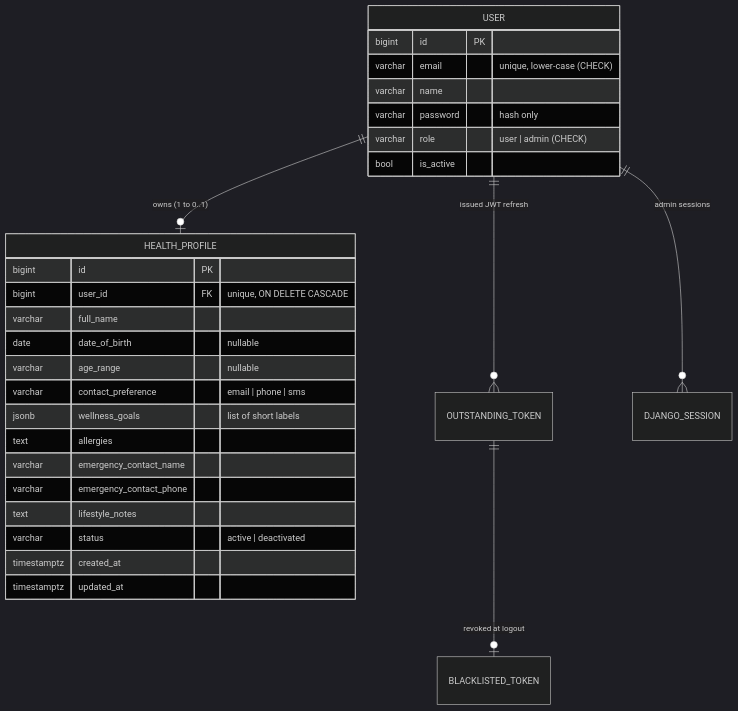
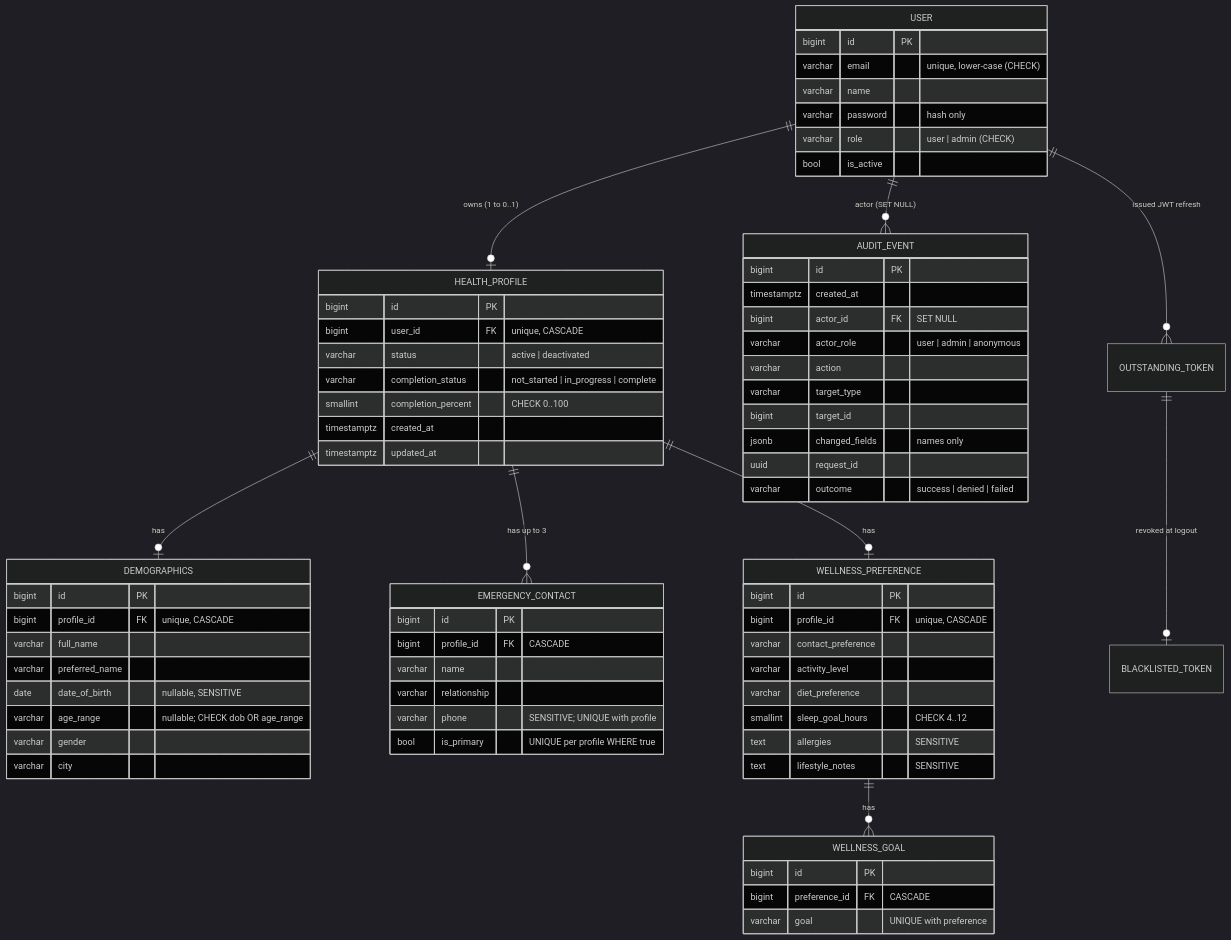
One commit to mominaasif-45/healthprofile changed the diagram in README.md. Above: the diagram before and after it, drawn with Mermaid (dark theme). The commit also changed other lines of this file and 5 other files, not shown here.

````diff
--- a/README.md
+++ b/README.md
@@ -49,31 +115,73 @@
 ```mermaid
 erDiagram
     USER ||--o| HEALTH_PROFILE : "owns (1 to 0..1)"
+    HEALTH_PROFILE ||--o| DEMOGRAPHICS : "has"
+    HEALTH_PROFILE ||--o{ EMERGENCY_CONTACT : "has up to 3"
+    HEALTH_PROFILE ||--o| WELLNESS_PREFERENCE : "has"
+    WELLNESS_PREFERENCE ||--o{ WELLNESS_GOAL : "has"
+    USER ||--o{ AUDIT_EVENT : "actor (SET NULL)"
     USER ||--o{ OUTSTANDING_TOKEN : "issued JWT refresh"
     OUTSTANDING_TOKEN ||--o| BLACKLISTED_TOKEN : "revoked at logout"
-    USER ||--o{ DJANGO_SESSION : "admin sessions"
     USER {
         bigint id PK
         varchar email "unique, lower-case (CHECK)"
         varchar name
         varchar password "hash only"
         varchar role "user | admin (CHECK)"
         bool is_active
     }
     HEALTH_PROFILE {
         bigint id PK
-        bigint user_id FK "unique, ON DELETE CASCADE"
-        varchar full_name
-        date date_of_birth "nullable"
-        varchar age_range "nullable"
-        varchar contact_preference "email | phone | sms"
-        jsonb wellness_goals "list of short labels"
-        text allergies
-        varchar emergency_contact_name
-        varchar emergency_contact_phone
-        text lifestyle_notes
+        bigint user_id FK "unique, CASCADE"
         varchar status "active | deactivated"
+        varchar completion_status "not_started | in_progress | complete"
+        smallint completion_percent "CHECK 0..100"
         timestamptz created_at
         timestamptz updated_at
     }
+    DEMOGRAPHICS {
+        bigint id PK
+        bigint profile_id FK "unique, CASCADE"
+        varchar full_name
+        varchar preferred_name
+        date date_of_birth "nullable, SENSITIVE"
+        varchar age_range "nullable; CHECK dob OR age_range"
+        varchar gender
+        varchar city
+    }
+    EMERGENCY_CONTACT {
+        bigint id PK
+        bigint profile_id FK "CASCADE"
+        varchar name
+        varchar relationship
+        varchar phone "SENSITIVE; UNIQUE with profile"
+        bool is_primary "UNIQUE per profile WHERE true"
+    }
+    WELLNESS_PREFERENCE {
+        bigint id PK
+        bigint profile_id FK "unique, CASCADE"
+        varchar contact_preference
+        varchar activity_level
+        varchar diet_preference
+        smallint sleep_goal_hours "CHECK 4..12"
+        text allergies "SENSITIVE"
+        text lifestyle_notes "SENSITIVE"
+    }
+    WELLNESS_GOAL {
+        bigint id PK
+        bigint preference_id FK "CASCADE"
+        varchar goal "UNIQUE with preference"
+    }
+    AUDIT_EVENT {
+        bigint id PK
+        timestamptz created_at
+        bigint actor_id FK "SET NULL"
+        varchar actor_role "user | admin | anonymous"
+        varchar action
+        varchar target_type
+        bigint target_id
+        jsonb changed_fields "names only"
+        uuid request_id
+        varchar outcome "success | denied | failed"
+    }
 ```
````
